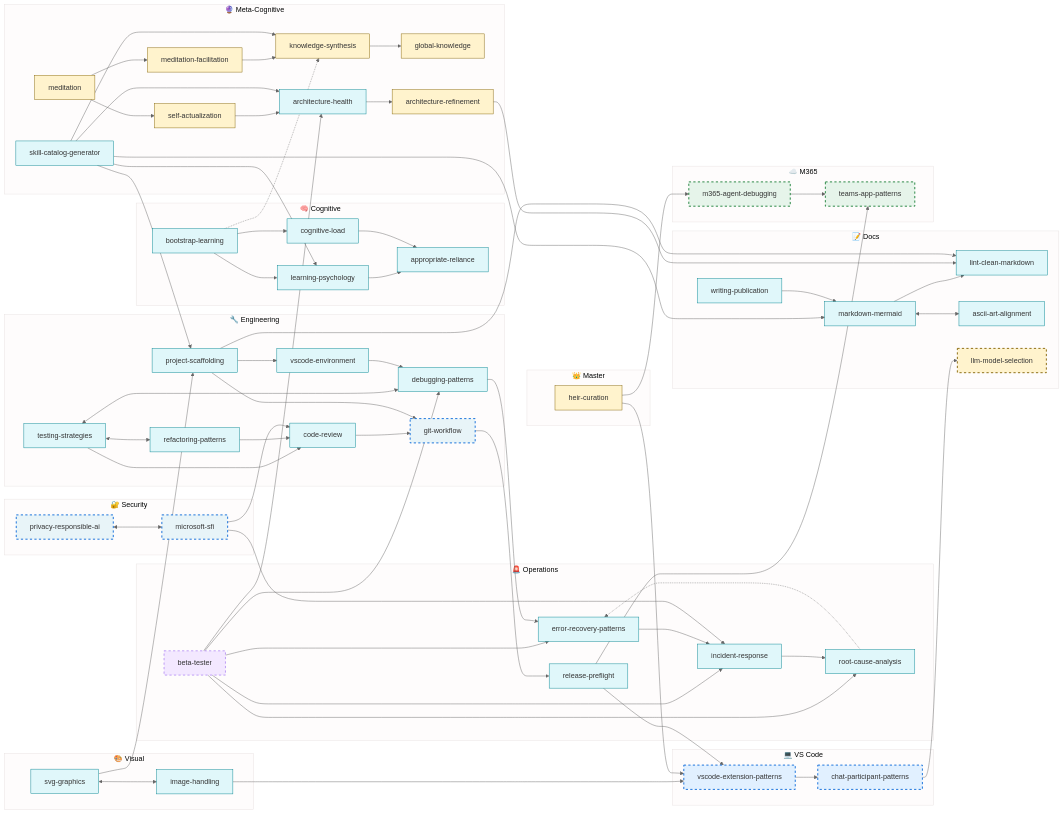
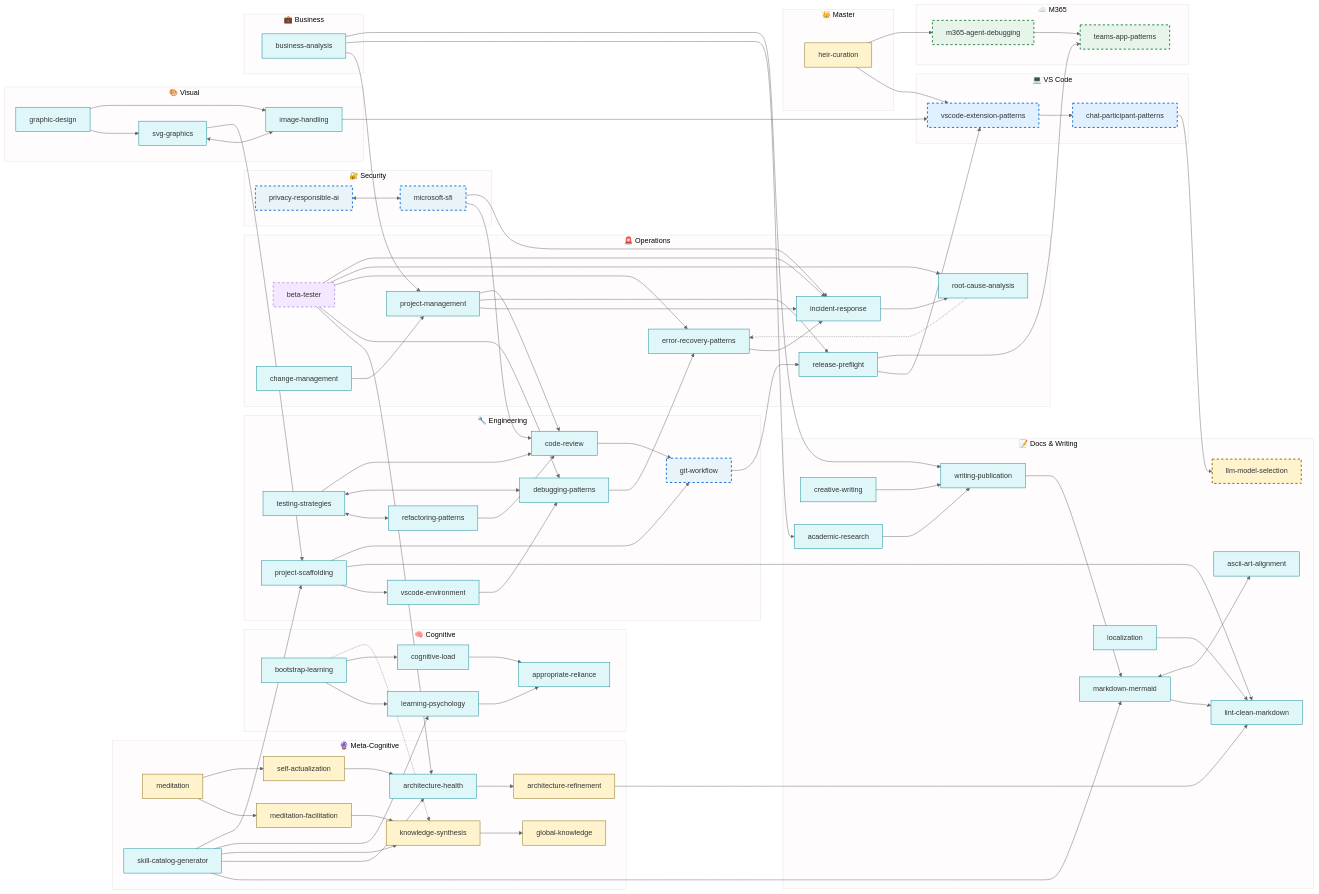
Before and after one commit to fabioc-aloha/Alex_Plug_In: the diagram in alex_docs/SKILLS-CATALOG.md, drawn with Mermaid. The commit also changed other lines of this file, not shown here.

Commit message:
docs: Update skill network diagram with all 45 skills
Added missing skills to diagram:
- academic-research, business-analysis, change-management
- creative-writing, graphic-design, localization, project-management

Added new subgroups:
- Docs & Writing (expanded with academic-research, creative-writing, localization)
- Business (business-analysis)
- Ops (added change-management, project-management)

Updated inheritance counts: 35 inheritable, 8 master-only, 2 vscode, 2 m365, 1 temp

````diff
--- a/alex_docs/SKILLS-CATALOG.md
+++ b/alex_docs/SKILLS-CATALOG.md
@@ -191,6 +203,8 @@
         IR[incident-response]
         RF[release-preflight]
         BT[beta-tester]
+        CM[change-management]
+        PM[project-management]
     end
 
     subgraph Sec["🔐 Security"]
@@ -198,17 +212,25 @@
         SFI[microsoft-sfi]
     end
 
-    subgraph Docs["📝 Docs"]
+    subgraph Docs["📝 Docs & Writing"]
         WP[writing-publication]
         MM[markdown-mermaid]
         LM[lint-clean-markdown]
         AA[ascii-art-alignment]
         LLM[llm-model-selection]
+        ACR[academic-research]
+        CW[creative-writing]
+        LOC[localization]
     end
 
     subgraph Vis["🎨 Visual"]
         SVG[svg-graphics]
         IH[image-handling]
+        GD[graphic-design]
+    end
+
+    subgraph Biz["💼 Business"]
+        BA[business-analysis]
     end
 
     subgraph VSC["💻 VS Code"]
@@ -251,6 +273,8 @@
     DP --> ERP --> IR --> RCA
     RCA -.-> ERP
     GW --> RF
+    CM --> PM --> IR
+    BA --> PM
 
     %% Security flow
     PRA <--> SFI
@@ -260,12 +284,20 @@
     WP --> MM --> LM
     MM <--> AA
     ARF --> LM
+    ACR --> WP
+    CW --> WP
+    LOC --> LM
 
     %% Visual flow
     SVG <--> IH
     SVG --> PS
+    GD --> SVG & IH
     PS --> LM & GW
     IH --> VEP
+
+    %% Business flow
+    BA --> ACR & WP
+    PM --> RF & CR
 
     %% Platform flow
     HC --> VEP & MAD
@@ -290,5 +322,5 @@
     class MAD,TAP m365
     class VEP,CPP,MAD,TAP,LLM,GW,PRA,SFI stale
     class BT temp
-    class BL,LP,CL,AR,AH,SCG,TS,RP,DP,CR,PS,VSE,ERP,RCA,IR,RF,WP,MM,LM,AA,SVG,IH inheritable
+    class BL,LP,CL,AR,AH,SCG,TS,RP,DP,CR,PS,VSE,ERP,RCA,IR,RF,WP,MM,LM,AA,SVG,IH,ACR,CW,LOC,GD,BA,CM,PM inheritable
 ```
````
